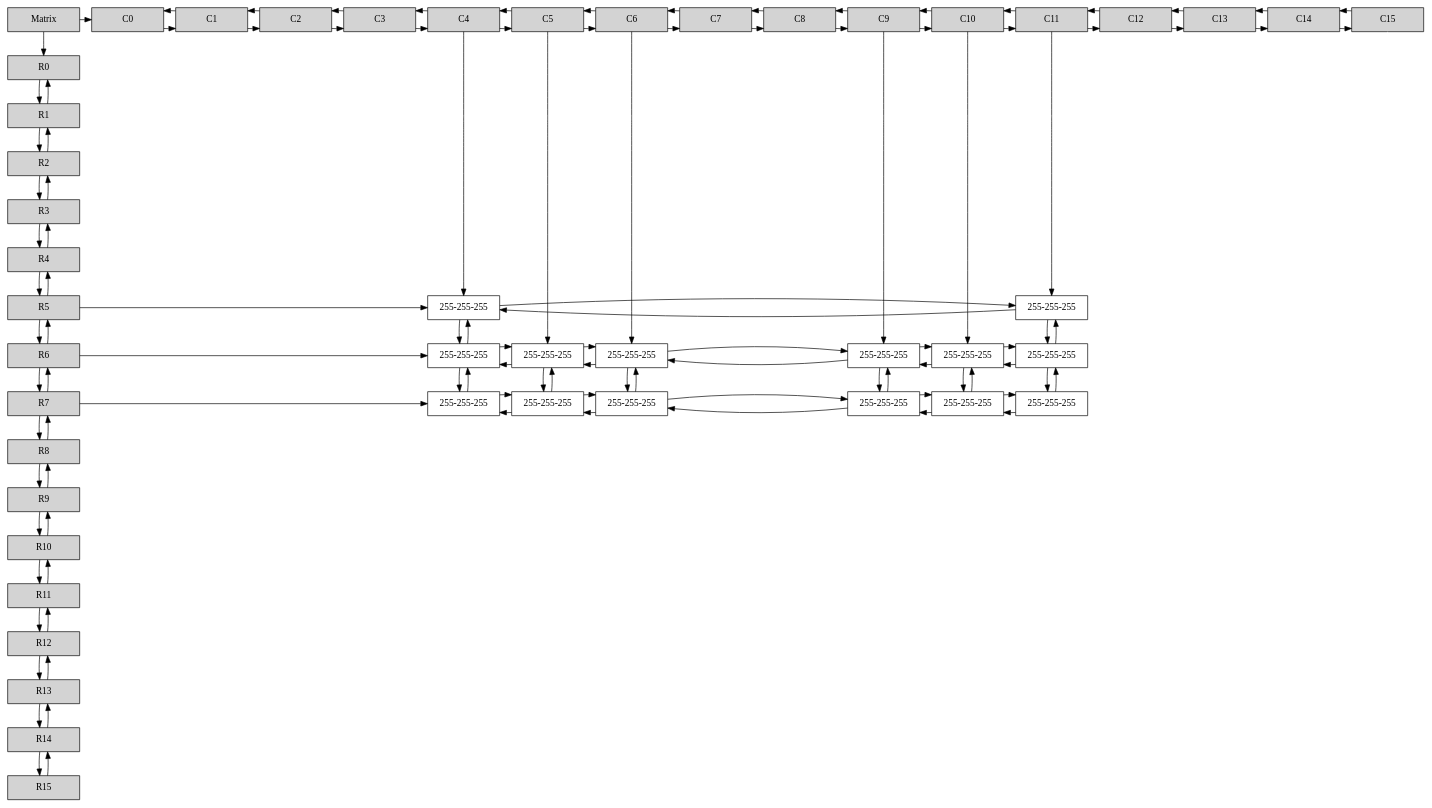
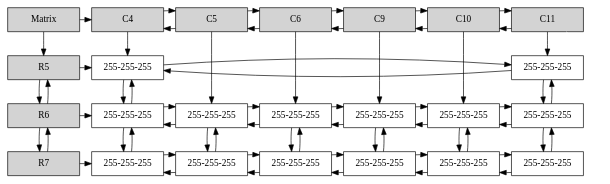
One commit to deathstroke021/EDD_2S2019_PY1_201503961 changed the diagram in Structures/eyes.dot. Above: the diagram before and after it, drawn with Graphviz. The commit also changed 11 other files, not shown here.

```diff
--- a/Structures/eyes.dot
+++ b/Structures/eyes.dot
@@ -2,83 +2,8 @@
 node [shape=box]
 Mt[ label = "Matrix", width = 1.5, style = filled, group = 1 ];
 e0[ shape = point, width = 0 ];
-e1[ shape = point, width = 0 ];
-e2[ shape = point, width = 0 ];
-e3[ shape = point, width = 0 ];
-e4[ shape = point, width = 0 ];
-e5[ shape = point, width = 0 ];
-e6[ shape = point, width = 0 ];
-e7[ shape = point, width = 0 ];
-e8[ shape = point, width = 0 ];
-e9[ shape = point, width = 0 ];
-e10[ shape = point, width = 0 ];
-e11[ shape = point, width = 0 ];
-e12[ shape = point, width = 0 ];
-e13[ shape = point, width = 0 ];
-A0[label ="C0" width = 1.5 style = filled, group =2];
-A0->A1;
-A1[label ="C1" width = 1.5 style = filled, group =3];
-A1->A2;
-A1->A0;
-A2[label ="C2" width = 1.5 style = filled, group =4];
-A2->A3;
-A2->A1;
-A3[label ="C3" width = 1.5 style = filled, group =5];
-A3->A4;
-A3->A2;
-A4[label ="C4" width = 1.5 style = filled, group =6];
-A4->A5;
-A4->A3;
-A5[label ="C5" width = 1.5 style = filled, group =7];
-A5->A6;
-A5->A4;
-A6[label ="C6" width = 1.5 style = filled, group =8];
-A6->A7;
-A6->A5;
-A7[label ="C7" width = 1.5 style = filled, group =9];
-A7->A8;
-A7->A6;
-A8[label ="C8" width = 1.5 style = filled, group =10];
-A8->A9;
-A8->A7;
-A9[label ="C9" width = 1.5 style = filled, group =11];
-A9->A10;
-A9->A8;
-A10[label ="C10" width = 1.5 style = filled, group =12];
-A10->A11;
-A10->A9;
-A11[label ="C11" width = 1.5 style = filled, group =13];
-A11->A12;
-A11->A10;
-A12[label ="C12" width = 1.5 style = filled, group =14];
-A12->A13;
-A12->A11;
-A13[label ="C13" width = 1.5 style = filled, group =15];
-A13->A14;
-A13->A12;
-A14[label ="C14" width = 1.5 style = filled, group =16];
-A14->A15;
-A14->A13;
-A15[label ="C15" width = 1.5 style = filled, group =17];
-A15->A14;
-{ rank = same; Mt; A0; A1; A2; A3; A4; A5; A6; A7; A8; A9; A10; A11; A12; A13; A14; A15; }
-U0[label = "R0"    width = 1.5 style = filled, group = 1 ];
-U0->U1;
-U1[label = "R1"    width = 1.5 style = filled, group = 1 ];
-U1->U2;
-U1->U0;
-U2[label = "R2"    width = 1.5 style = filled, group = 1 ];
-U2->U3;
-U2->U1;
-U3[label = "R3"    width = 1.5 style = filled, group = 1 ];
-U3->U4;
-U3->U2;
-U4[label = "R4"    width = 1.5 style = filled, group = 1 ];
-U4->U5;
-U4->U3;
 U5[label = "R5"    width = 1.5 style = filled, group = 1 ];
-U5->U6;
-U5->U4;
+Mt->U5;
 N4_L5 [label = "255-255-255" width = 1.5, group =6];
 U5 -> N4_L5;
 A4 -> N4_L5;
@@ -88,8 +13,8 @@
 A11 -> N11_L5;
 { rank = same; U5;N4_L5;N11_L5;}
 U6[label = "R6"    width = 1.5 style = filled, group = 1 ];
-U6->U7;
-U6->U5;
+U6 -> U5;
+U5 -> U6;
 N4_L6 [label = "255-255-255" width = 1.5, group =6];
 U6 -> N4_L6;
 N4_L6 -> N4_L5;
@@ -117,8 +42,9 @@
 N11_L5 -> N11_L6;
 { rank = same; U6;N4_L6;N5_L6;N6_L6;N9_L6;N10_L6;N11_L6;}
 U7[label = "R7"    width = 1.5 style = filled, group = 1 ];
-U7->U8;
-U7->U6;
+U7 -> U6;
+U6 -> U7;
+{ rank = same; U6; e0}
 N4_L7 [label = "255-255-255" width = 1.5, group =6];
 U7 -> N4_L7;
 N4_L7 -> N4_L6;
@@ -149,57 +75,23 @@
 N11_L7 -> N11_L6;
 N11_L6 -> N11_L7;
 { rank = same; U7;N4_L7;N5_L7;N6_L7;N9_L7;N10_L7;N11_L7;}
-U8[label = "R8"    width = 1.5 style = filled, group = 1 ];
-U8->U9;
-U8->U7;
-U9[label = "R9"    width = 1.5 style = filled, group = 1 ];
-U9->U10;
-U9->U8;
-U10[label = "R10"    width = 1.5 style = filled, group = 1 ];
-U10->U11;
-U10->U9;
-U11[label = "R11"    width = 1.5 style = filled, group = 1 ];
-U11->U12;
-U11->U10;
-U12[label = "R12"    width = 1.5 style = filled, group = 1 ];
-U12->U13;
-U12->U11;
-U13[label = "R13"    width = 1.5 style = filled, group = 1 ];
-U13->U14;
-U13->U12;
-U14[label = "R14"    width = 1.5 style = filled, group = 1 ];
-U14->U15;
-U14->U13;
-U15[label = "R15"    width = 1.5 style = filled, group = 1 ];
-U15->U14;
-Mt->U0;
-Mt->A0;
-{ rank = same; U1; e0}
-{ rank = same; U2; e1}
-{ rank = same; U3; e2}
-{ rank = same; U4; e3}
-{ rank = same; U5; e4}
-{ rank = same; U6; e5}
-{ rank = same; U7; e6}
-{ rank = same; U8; e7}
-{ rank = same; U9; e8}
-{ rank = same; U10; e9}
-{ rank = same; U11; e10}
-{ rank = same; U12; e11}
-{ rank = same; U13; e12}
-{ rank = same; U14; e13}
-A15-> e0[ dir = none, color = "white" ];
-e0-> e1[ dir = none, color = "white" ];
-e1-> e2[ dir = none, color = "white" ];
-e2-> e3[ dir = none, color = "white" ];
-e3-> e4[ dir = none, color = "white" ];
-e4-> e5[ dir = none, color = "white" ];
-e5-> e6[ dir = none, color = "white" ];
-e6-> e7[ dir = none, color = "white" ];
-e7-> e8[ dir = none, color = "white" ];
-e8-> e9[ dir = none, color = "white" ];
-e9-> e10[ dir = none, color = "white" ];
-e10-> e11[ dir = none, color = "white" ];
-e11-> e12[ dir = none, color = "white" ];
-e12-> e13[ dir = none, color = "white" ];
+A4[label ="C4" width = 1.5 style = filled, group =2];
+Mt->A4;
+A5[label ="C5" width = 1.5 style = filled, group =3];
+A5->A4;
+A4->A5;
+A6[label ="C6" width = 1.5 style = filled, group =4];
+A6->A5;
+A5->A6;
+A9[label ="C9" width = 1.5 style = filled, group =5];
+A9->A6;
+A6->A9;
+A10[label ="C10" width = 1.5 style = filled, group =6];
+A10->A9;
+A9->A10;
+A11[label ="C11" width = 1.5 style = filled, group =7];
+A11->A10;
+A10->A11;
+{ rank = same; Mt; A4; A5; A6; A9; A10; A11; }
+A11-> e0[ dir = none, color = "white" ];
 }
```
